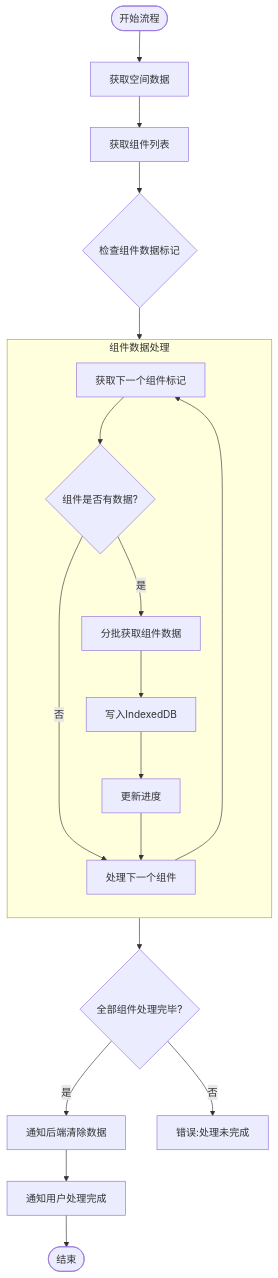
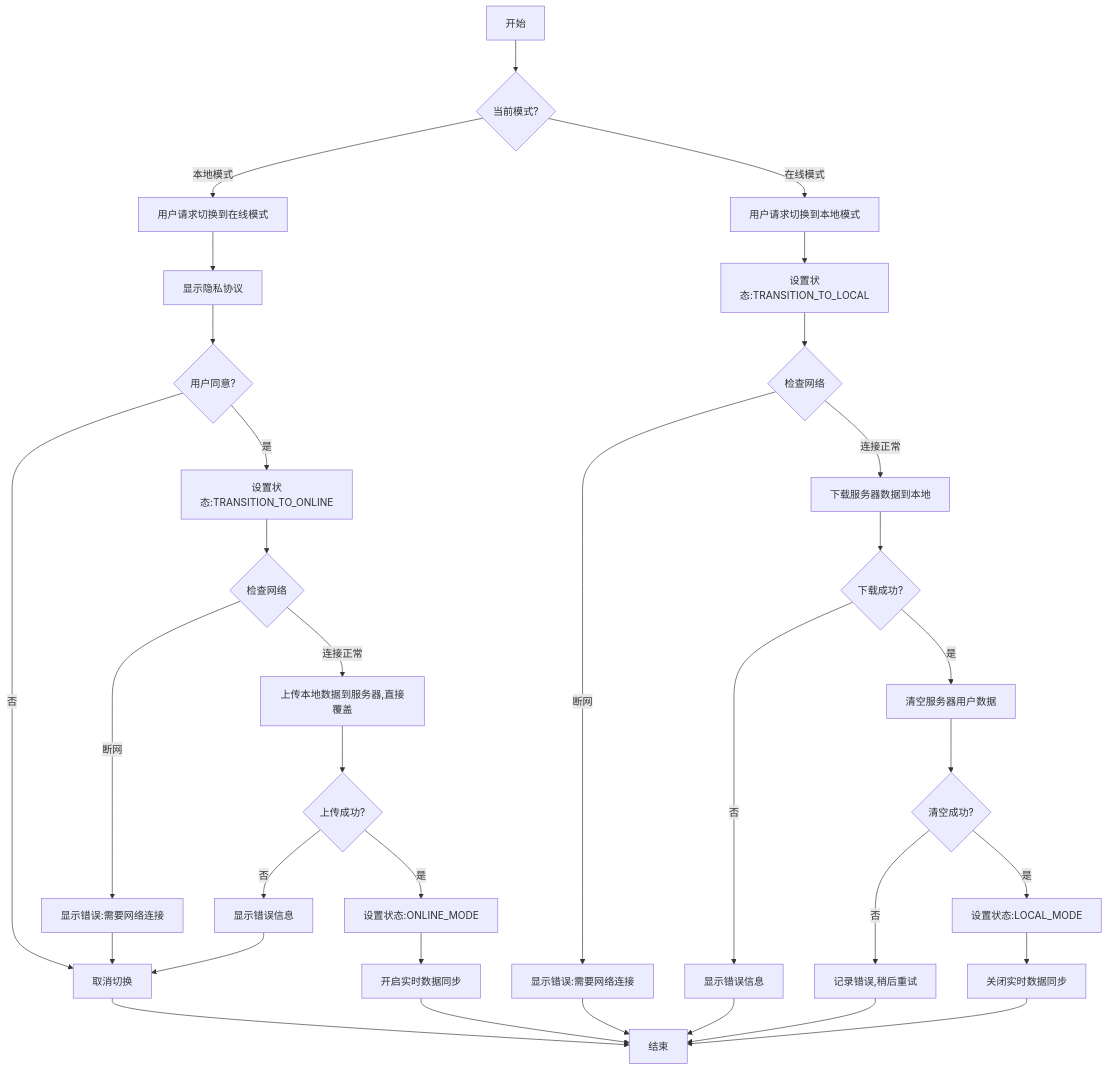
The diagram in all/未命名-51.md (yingjianzh/iodraw-files), drawn with Mermaid before and after one commit.

Commit message:
2025-05-08 15:58:38 update

````diff
--- a/all/未命名-51.md
+++ b/all/未命名-51.md
@@ -1,29 +1,40 @@
 ```mermaid
 
 flowchart TD
-    Start([开始流程]) --> FetchSpaceData[获取空间数据]
+    A[开始] --> B{当前模式?}
     
-    FetchSpaceData --> FetchComponentList[获取组件列表]
-    FetchComponentList --> CheckComponentData{检查组件数据标记}
+    B -->|本地模式| C[用户请求切换到在线模式]
+    C --> F[显示隐私协议]
+    F --> G{用户同意?}
+    G -->|否| H[取消切换]
+    H --> Z[结束]
+    G -->|是| I[设置状态:TRANSITION_TO_ONLINE]
+    I --> J{检查网络}
+    J -->|断网| K[显示错误:需要网络连接]
+    K --> H
+    J -->|连接正常| O[上传本地数据到服务器,直接覆盖]
+    O --> P{上传成功?}
+    P -->|否| Q[显示错误信息]
+    Q --> H
+    P -->|是| R[设置状态:ONLINE_MODE]
+    R --> S[开启实时数据同步]
+    S --> Z
     
-    subgraph ComponentProcess [组件数据处理]
-        direction TB
-        A[获取下一个组件标记] --> B{组件是否有数据?}
-        B -->|否| NextComponent[处理下一个组件]
-        B -->|是| C[分批获取组件数据]
-        C --> D[写入IndexedDB]
-        D --> UpdateProgress[更新进度]
-        UpdateProgress --> NextComponent
-        NextComponent --> A
-    end
-    
-    CheckComponentData --> ComponentProcess
-    ComponentProcess --> AllComponentsProcessed{全部组件处理完毕?}
-    
-    AllComponentsProcessed -->|是| ClearServerData[通知后端清除数据]
-    AllComponentsProcessed -->|否| Error3[错误:处理未完成]
-    
-    ClearServerData --> CompletionNotification[通知用户处理完成]
-    CompletionNotification --> End([结束])
+    B -->|在线模式| T[用户请求切换到本地模式]
+    T --> U[设置状态:TRANSITION_TO_LOCAL]
+    U --> V{检查网络}
+    V -->|断网| W[显示错误:需要网络连接]
+    W --> Z
+    V -->|连接正常| X[下载服务器数据到本地]
+    X --> Y{下载成功?}
+    Y -->|否| AA2[显示错误信息]
+    AA2 --> Z
+    Y -->|是| AB2[清空服务器用户数据]
+    AB2 --> AC2{清空成功?}
+    AC2 -->|否| AD2[记录错误,稍后重试]
+    AD2 --> Z
+    AC2 -->|是| AE[设置状态:LOCAL_MODE]
+    AE --> AF[关闭实时数据同步]
+    AF --> Z
 
 ```
````
